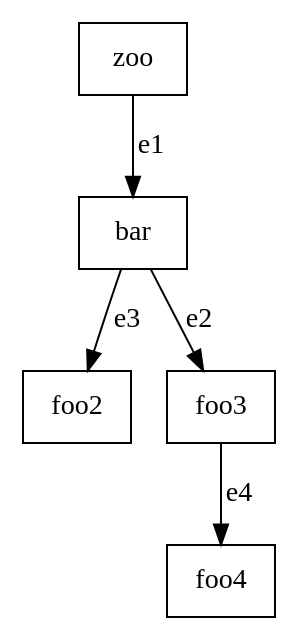
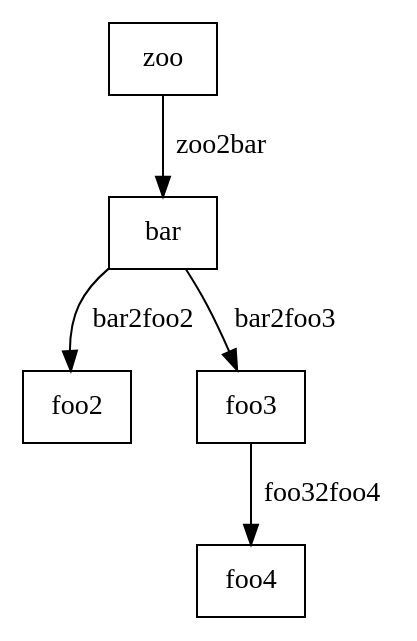
Before and after one commit to wrwei/picto-diff: the diagram in org.eclipse.epsilon.picto.diff/files/foo3.dot, drawn with Graphviz. The commit also changed 16 other files, not shown here.

```diff
--- a/org.eclipse.epsilon.picto.diff/files/foo3.dot
+++ b/org.eclipse.epsilon.picto.diff/files/foo3.dot
@@ -1,11 +1,11 @@
 digraph G {
 	n1 [shape=box, label="zoo"];
 	n2 [shape=box, label="bar"];
 	n3 [shape=box, label="foo2"];
 	n4 [shape=box, label="foo3"];
 	n5 [shape=box, label="foo4"];
-	n1 -> n2 [label="e1"];
-	n2 -> n4 [label="e2"];
-	n2 -> n3 [label="e3"];
-	n4 -> n5 [label="e4"];
+	n1 -> n2 ["dir"="forward", name="e1", label="zoo2bar"];
+	n2 -> n4 ["dir"="forward", name="e2", label="bar2foo3"];
+	n2 -> n3 ["dir"="forward", name="e3", label="bar2foo2"];
+	n4 -> n5 ["dir"="forward", name="e4", label="foo32foo4"];
 }
```
